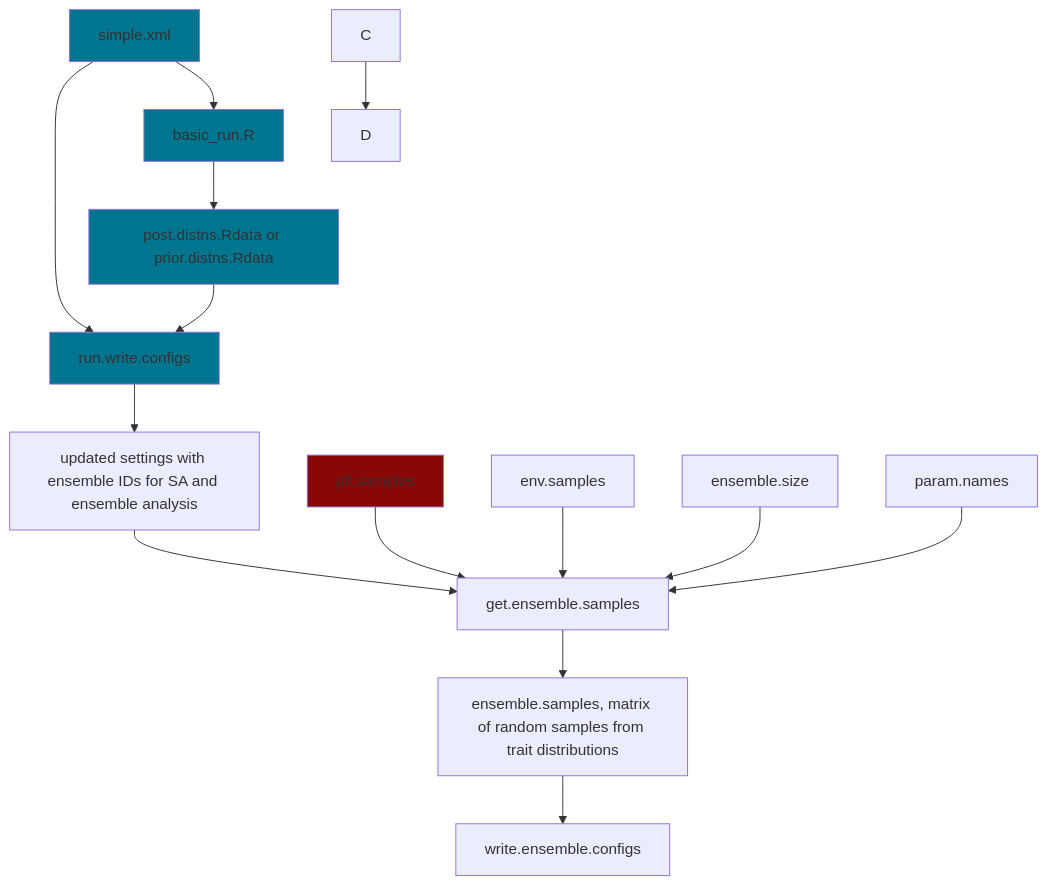
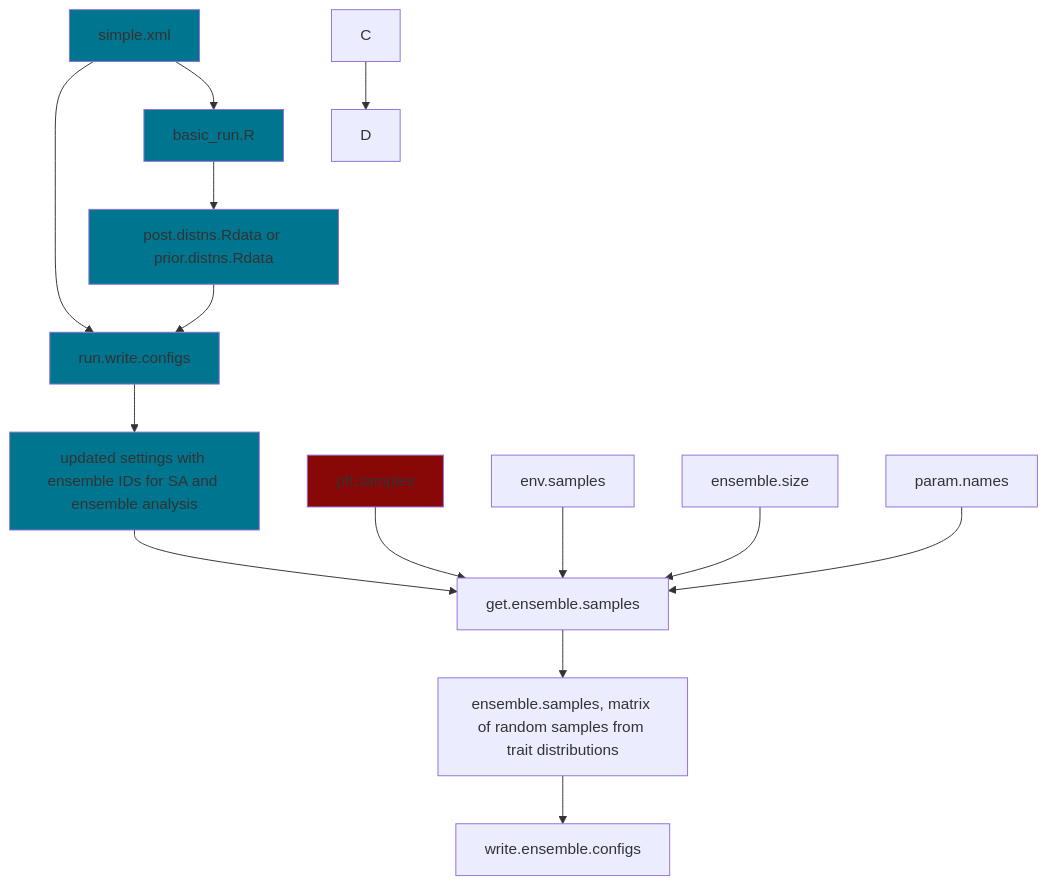
The diagram in README.md (ecamo19/gsoc_project_2022_vm), drawn with Mermaid before and after one commit.

````diff
--- a/README.md
+++ b/README.md
@@ -50,24 +50,25 @@
 ```mermaid
   graph TD;
       simple.xml-->run.write.configs;
       simple.xml-->basic_run.R;
       basic_run.R-->posterior.files[post.distns.Rdata or prior.distns.Rdata];
       posterior.files[post.distns.Rdata or prior.distns.Rdata]-->run.write.configs;
       run.write.configs-->output_1[updated settings with ensemble IDs for SA and ensemble analysis ];
       output_1[updated settings with ensemble IDs for SA and ensemble analysis]-->get.ensemble.samples;
       input_get_ensemble_1[pft.samples]-->get.ensemble.samples;
       input_get_ensemble_2[env.samples]-->get.ensemble.samples;
       input_get_ensemble_3[ensemble.size]-->get.ensemble.samples;
       input_get_ensemble_4[param.names]-->get.ensemble.samples;
       get.ensemble.samples--> output_get_ensemble[ensemble.samples, matrix of random samples from trait distributions];
       output_get_ensemble[ensemble.samples, matrix of random samples from trait distributions]-->write.ensemble.configs;
       C-->D;
       
       style basic_run.R fill:#00758f
+      style output_1 fill:#00758f
       style run.write.configs fill:#00758f
       style simple.xml fill:#00758f
       style posterior.files fill:#00758f
       style input_get_ensemble_1 fill:#880808
             
       
 ```
````
